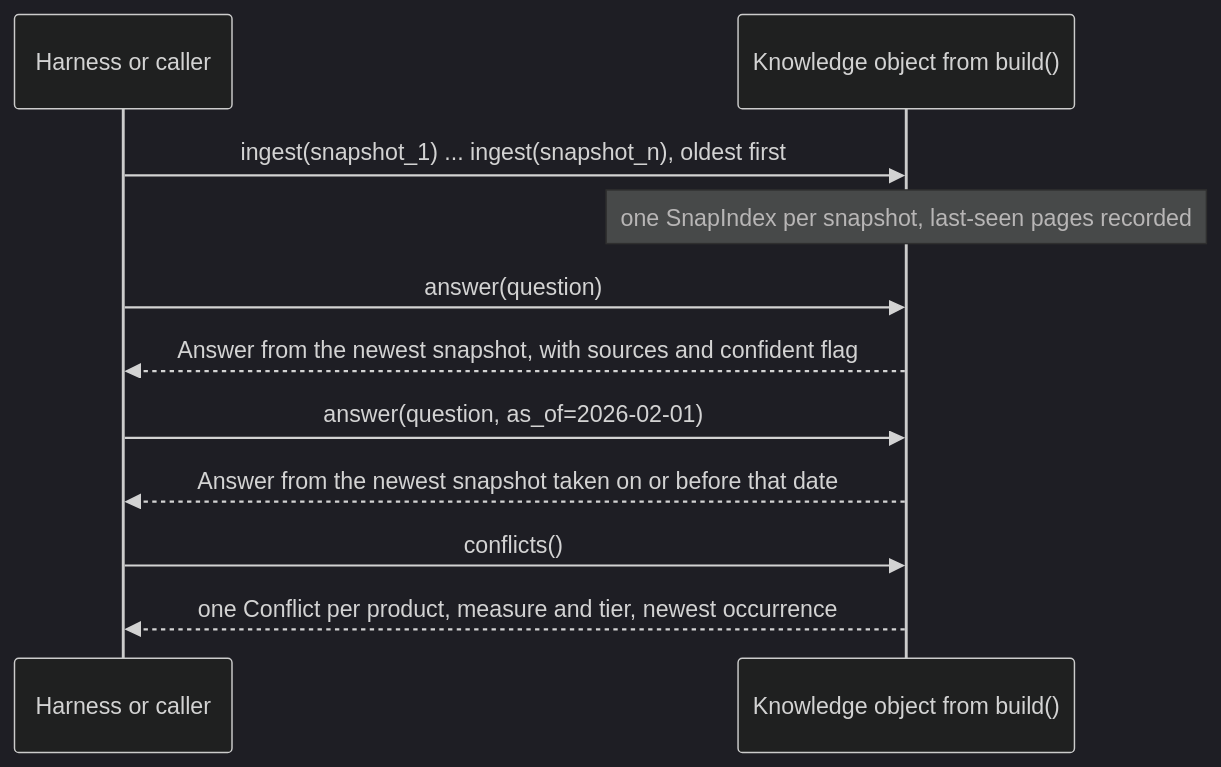
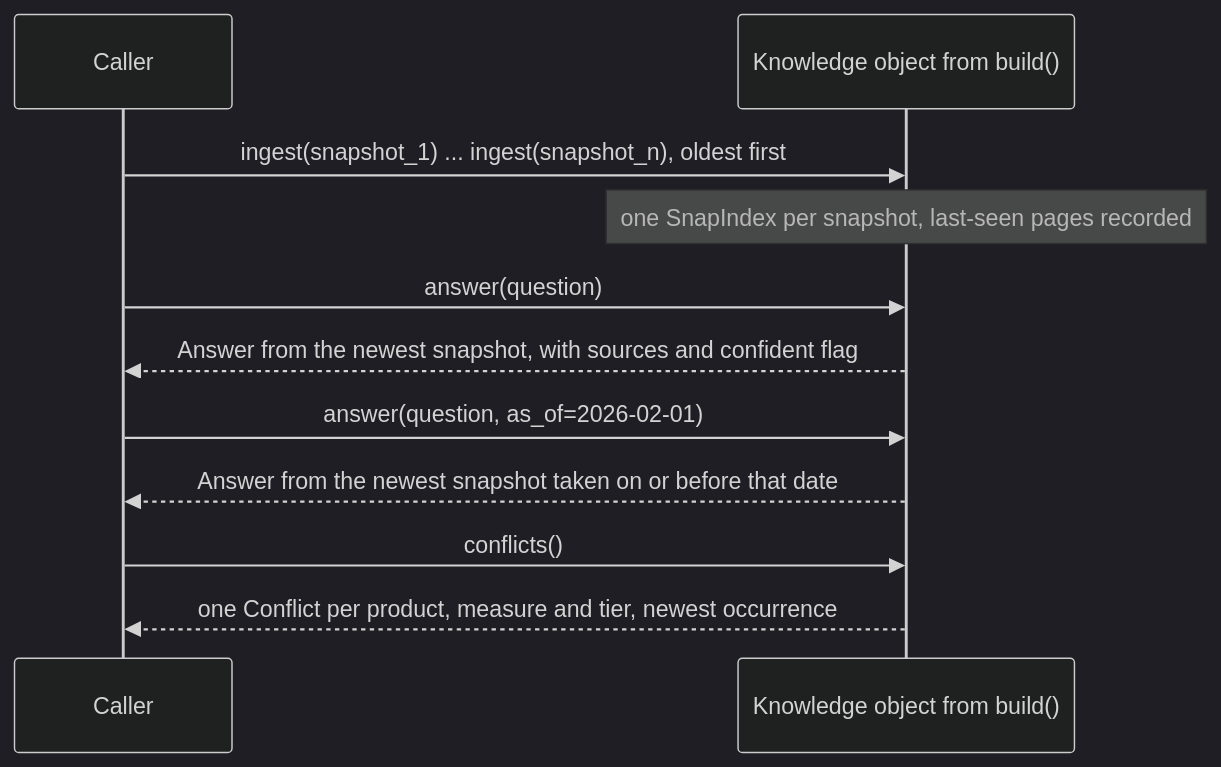
Before and after one commit to aiyufan3/snapshot-knowledge: the third of 4 diagrams in README.md, drawn with Mermaid (dark theme). The commit also changed other lines of this file and 2 other files, not shown here.

````diff
--- a/README.md
+++ b/README.md
@@ -99,13 +99,13 @@
 ```mermaid
 sequenceDiagram
-    participant H as Harness or caller
+    participant H as Caller
     participant K as Knowledge object from build()
     H->>K: ingest(snapshot_1) ... ingest(snapshot_n), oldest first
     Note over K: one SnapIndex per snapshot, last-seen pages recorded
     H->>K: answer(question)
     K-->>H: Answer from the newest snapshot, with sources and confident flag
     H->>K: answer(question, as_of=2026-02-01)
     K-->>H: Answer from the newest snapshot taken on or before that date
     H->>K: conflicts()
     K-->>H: one Conflict per product, measure and tier, newest occurrence
 ```
````
